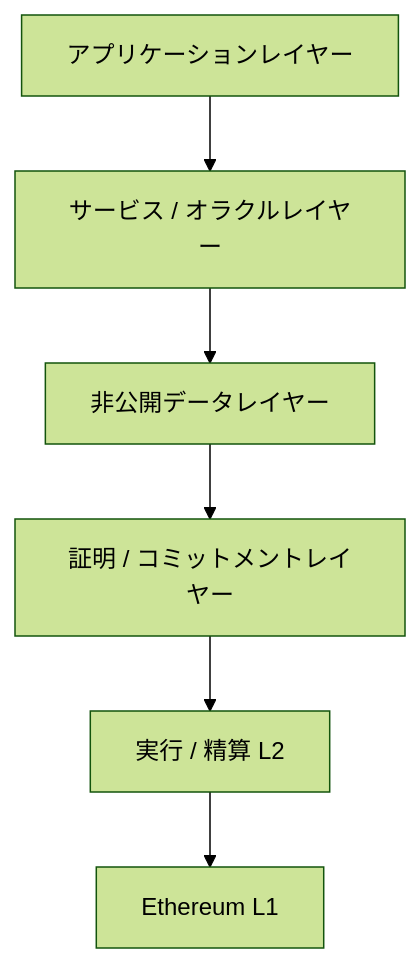
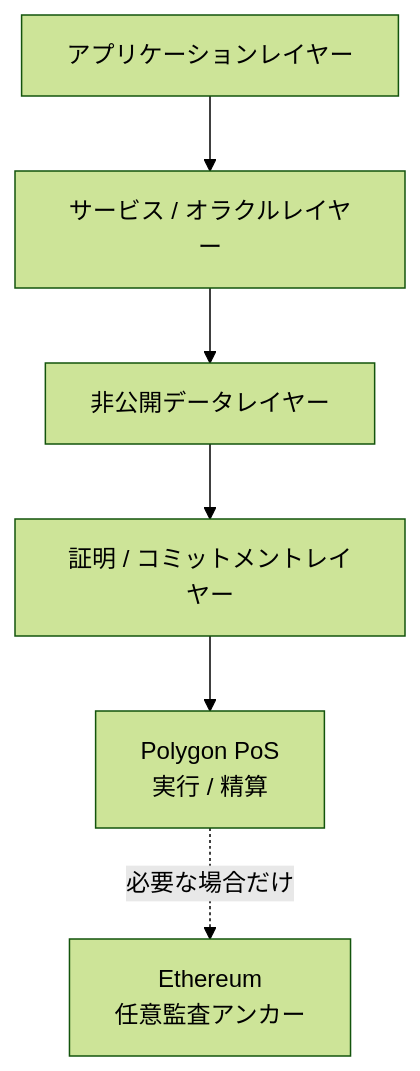
Before and after one commit to ShigeichiroYamasaki/creator-first-platform: the second of 4 diagrams in docs/adr/ADR-0007-blockchain-l2-strategy.md, drawn with Mermaid (forest theme). The commit also changed other lines of this file and 8 other files, not shown here.

````diff
--- a/docs/adr/ADR-0007-blockchain-l2-strategy.md
+++ b/docs/adr/ADR-0007-blockchain-l2-strategy.md
@@ -116,15 +120,15 @@
 ```mermaid
 flowchart TD
     UI[アプリケーションレイヤー]
     SERVICE[サービス / オラクルレイヤー]
     DATA[非公開データレイヤー]
     ZK[証明 / コミットメントレイヤー]
-    L2[実行 / 精算 L2]
-    L1[Ethereum L1]
+    POS[Polygon PoS<br>実行 / 精算]
+    ETH[Ethereum<br>任意監査アンカー]
 
     UI --> SERVICE
     SERVICE --> DATA
     DATA --> ZK
-    ZK --> L2
-    L2 --> L1
+    ZK --> POS
+    POS -. 必要な場合だけ .-> ETH
 ```
````
